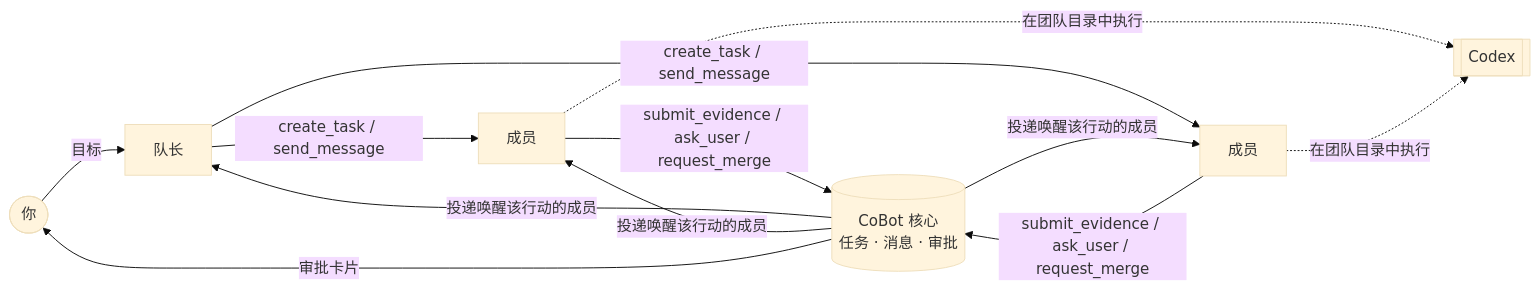
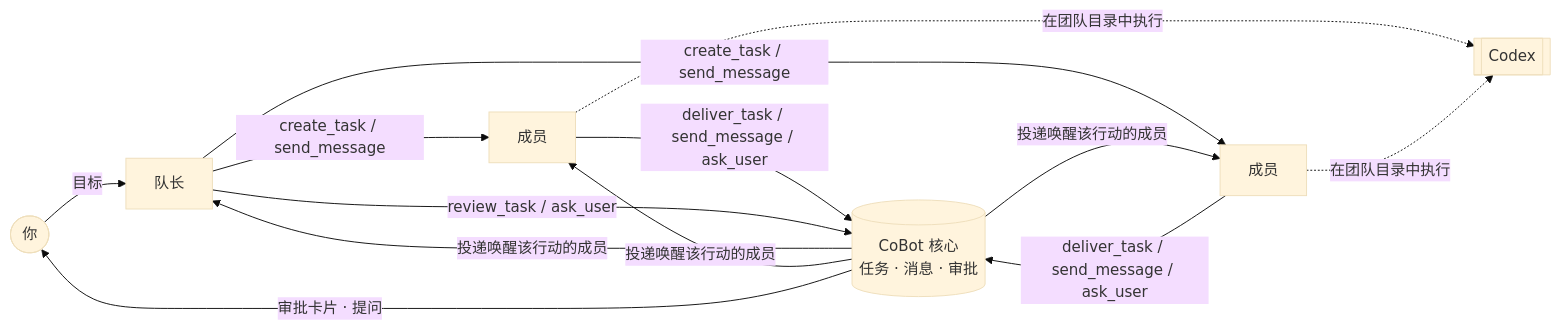
Before and after one commit to kunghim/CoBot: the diagram in README.zh-CN.md, drawn with Mermaid (base theme). The commit also changed other lines of this file and 33 other files, not shown here.

````diff
--- a/README.zh-CN.md
+++ b/README.zh-CN.md
@@ -33,10 +33,11 @@
 ```mermaid
 flowchart LR
     U([你]) -->|目标| L[队长]
     L -->|create_task / send_message| M1[成员]
     L -->|create_task / send_message| M2[成员]
-    M1 & M2 -->|submit_evidence / ask_user / request_merge| C[(CoBot 核心<br/>任务 · 消息 · 审批)]
+    M1 & M2 -->|deliver_task / send_message / ask_user| C[(CoBot 核心<br/>任务 · 消息 · 审批)]
+    L -->|review_task / ask_user| C
     C -->|投递唤醒该行动的成员| L & M1 & M2
-    C -->|审批卡片| U
+    C -->|审批卡片 · 提问| U
     M1 & M2 -. 在团队目录中执行 .-> E[[Codex]]
 ```
````
